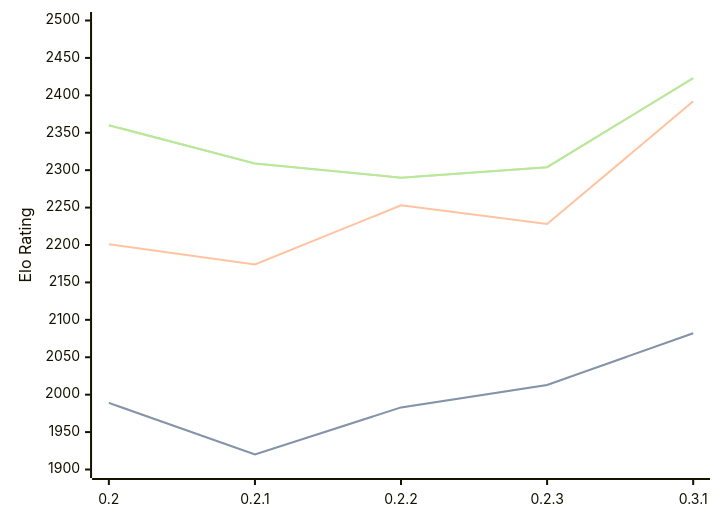
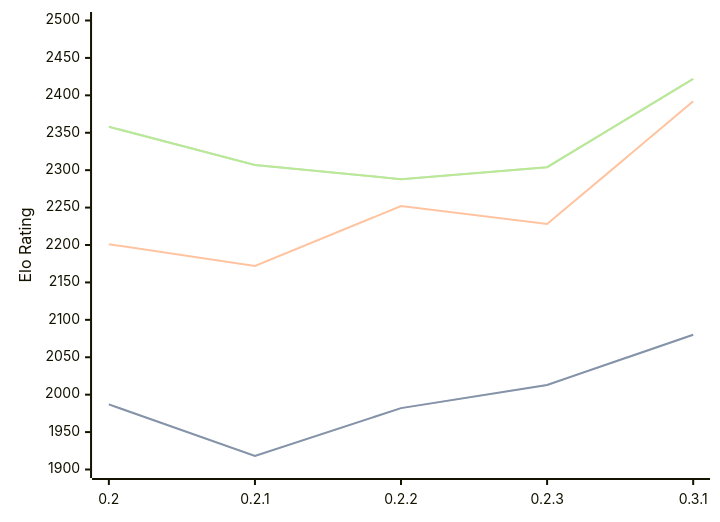
Before and after one commit to computer-chess-index/cci: the diagram in engines/Lolbot.md, drawn with Mermaid. The commit also changed other lines of this file, not shown here.

Commit message:
Update CCI Ratings (ELO VLTC) - 2026-08-04

````diff
--- a/engines/Lolbot.md
+++ b/engines/Lolbot.md
@@ -36,11 +36,11 @@
 ```mermaid
 %%{init: {"theme":"base","themeVariables":{"seriesColors:['#a3a3a3','#222221','#faa371']}}}%%
 xychart-beta
   x-axis ["0.2", "0.2.1", "0.2.2", "0.2.3", "0.3.1"]
   y-axis "Elo Rating" 1900 --> 2500
-  line "STC (8.0+0.08s)" [1989, 1920, 1983, 2013, 2082]
-  line "STC (8.0+0.08s)" [1989, 1920, 1983, 2013, 2082]
-  line "LTC (60.0+0.60s)" [2201, 2174, 2253, 2228, 2392]
-  line "VLTC (2m24s+1.12s)" [2360, 2309, 2290, 2304, 2423]
-  line "VLTC (2m24s+1.12s)" [2360, 2309, 2290, 2304, 2423]
+  line "STC (8.0+0.08s)" [1987, 1918, 1982, 2013, 2080]
+  line "STC (8.0+0.08s)" [1987, 1918, 1982, 2013, 2080]
+  line "LTC (60.0+0.60s)" [2201, 2172, 2252, 2228, 2392]
+  line "VLTC (2m24s+1.12s)" [2358, 2307, 2288, 2304, 2422]
+  line "VLTC (2m24s+1.12s)" [2358, 2307, 2288, 2304, 2422]
 ```
````
